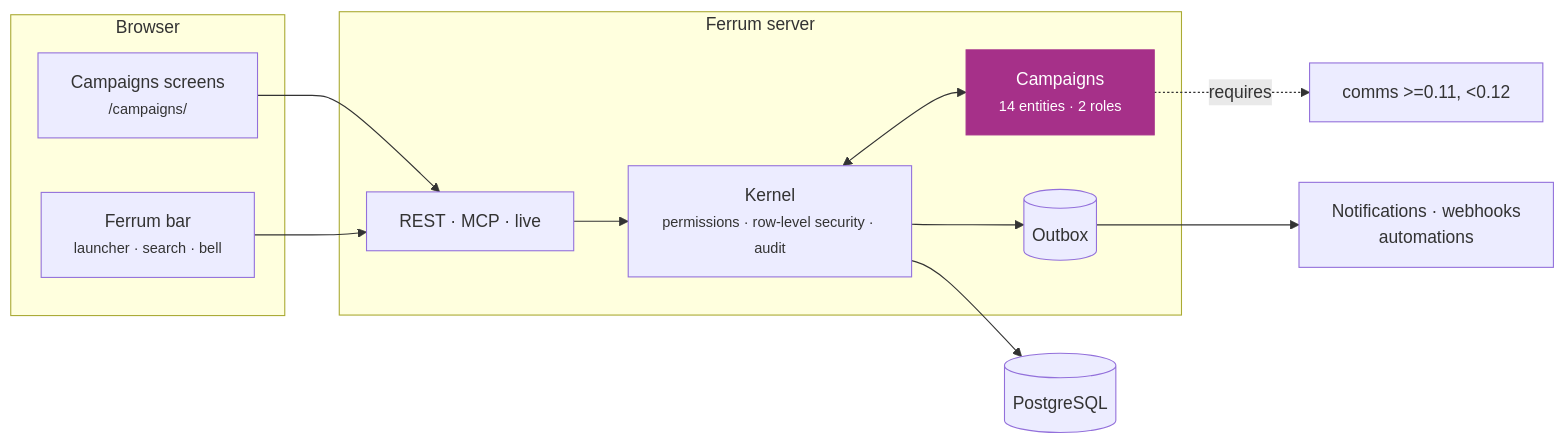
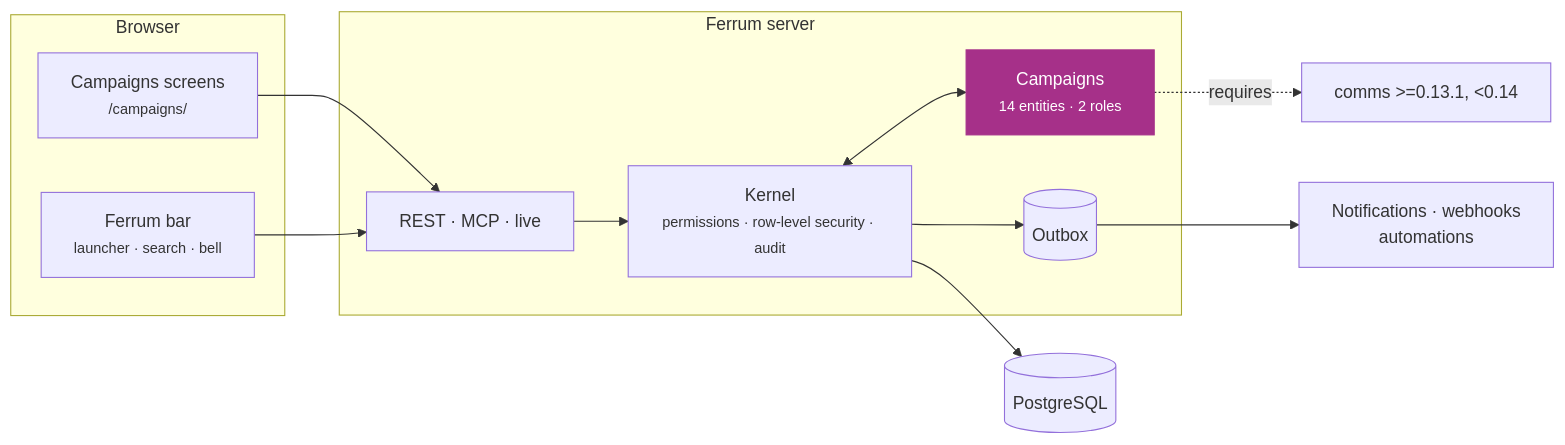
The second of 3 diagrams in README.md (CBFerrum/ferrum-app-campaigns), drawn with Mermaid before and after one commit. The commit also changed other lines of this file and 5 other files, not shown here.

````diff
--- a/README.md
+++ b/README.md
@@ -115,21 +115,21 @@
 ```mermaid
 flowchart LR
     subgraph Browser
         UI["Campaigns screens<br/><small>/campaigns/</small>"]
         BAR["Ferrum bar<br/><small>launcher · search · bell</small>"]
     end
     subgraph Server["Ferrum server"]
         API["REST · MCP · live"]
         K["Kernel<br/><small>permissions · row-level security · audit</small>"]
         APP["Campaigns<br/><small>14 entities · 2 roles</small>"]
         OB[("Outbox")]
     end
     DB[("PostgreSQL")]
     UI --> API --> K --> DB
     BAR --> API
     K <--> APP
     K --> OB --> EV["Notifications · webhooks<br/>automations"]
-    APP -. requires .-> D0["comms >=0.11, <0.12"]
+    APP -. requires .-> D0["comms >=0.13.1, <0.14"]
     classDef app fill:#a63089,color:#fff,stroke:#a63089
     class APP app
 ```
````
